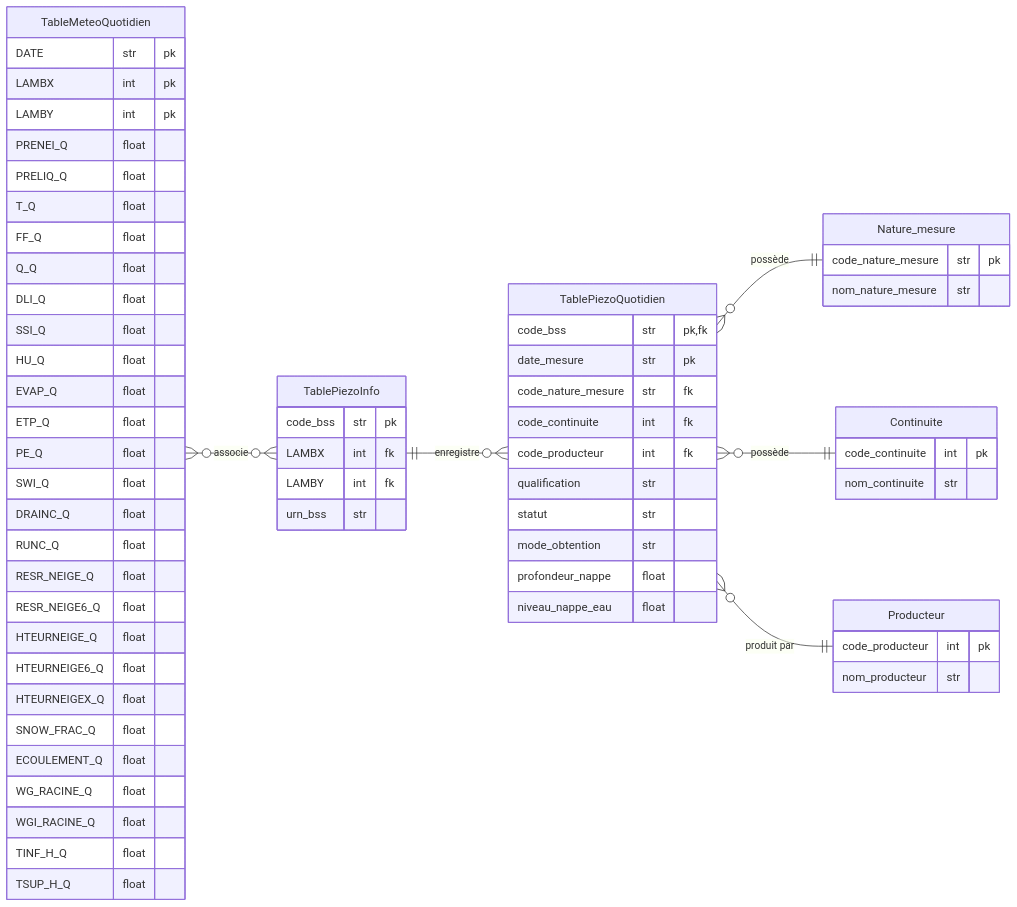
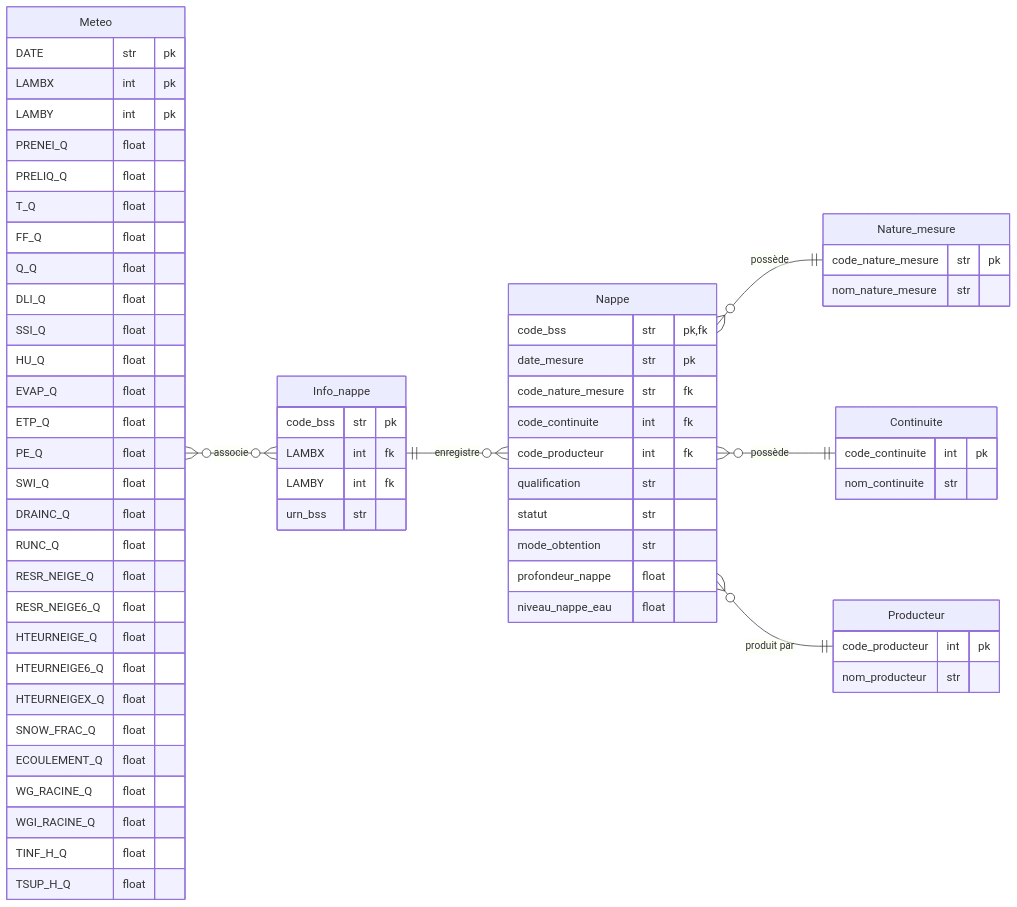
One commit to StevenDelval/Projet_certification_data_engineer changed the diagram in schemas/schema_base_de_donnees.md. Above: the diagram before and after it, drawn with Mermaid. The commit also changed 5 other files, not shown here.

````diff
--- a/schemas/schema_base_de_donnees.md
+++ b/schemas/schema_base_de_donnees.md
@@ -1,73 +1,73 @@
 ```mermaid
 erDiagram
     direction LR
     
-    TableMeteoQuotidien {
+    Meteo {
         DATE str pk
         LAMBX int pk
         LAMBY int pk
         PRENEI_Q float
         PRELIQ_Q float
         T_Q float
         FF_Q float
         Q_Q float
         DLI_Q float
         SSI_Q float
         HU_Q float
         EVAP_Q float
         ETP_Q float
         PE_Q float
         SWI_Q float
         DRAINC_Q float
         RUNC_Q float
         RESR_NEIGE_Q float
         RESR_NEIGE6_Q float
         HTEURNEIGE_Q float
         HTEURNEIGE6_Q float
         HTEURNEIGEX_Q float
         SNOW_FRAC_Q float
         ECOULEMENT_Q float
         WG_RACINE_Q float
         WGI_RACINE_Q float
         TINF_H_Q float
         TSUP_H_Q float
     }
 
-    TablePiezoQuotidien {
+    Nappe {
         code_bss str pk,fk
         date_mesure str pk
         code_nature_mesure str fk
         code_continuite int fk
         code_producteur int fk 
         qualification str
         statut str
         mode_obtention str
         profondeur_nappe float
         niveau_nappe_eau float
     }
     Nature_mesure {
         code_nature_mesure str pk
         nom_nature_mesure str
     }
     Continuite {
         code_continuite int pk
         nom_continuite str
     }
     Producteur {
         code_producteur int pk
         nom_producteur str
     }
 
-    TablePiezoInfo {
+    Info_nappe {
         code_bss str pk
         LAMBX int fk
         LAMBY int fk
         urn_bss str
     }
 
-    TableMeteoQuotidien many to many TablePiezoInfo : "associe"
-    TablePiezoInfo 1 to many TablePiezoQuotidien : "enregistre"
-    TablePiezoQuotidien many to 1 Nature_mesure : "possède"
-    TablePiezoQuotidien many to 1 Continuite : "possède"
-    TablePiezoQuotidien many to 1 Producteur : "produit par"
+    Meteo many to many Info_nappe : "associe"
+    Info_nappe 1 to many Nappe : "enregistre"
+    Nappe many to 1 Nature_mesure : "possède"
+    Nappe many to 1 Continuite : "possède"
+    Nappe many to 1 Producteur : "produit par"
 ```
````
